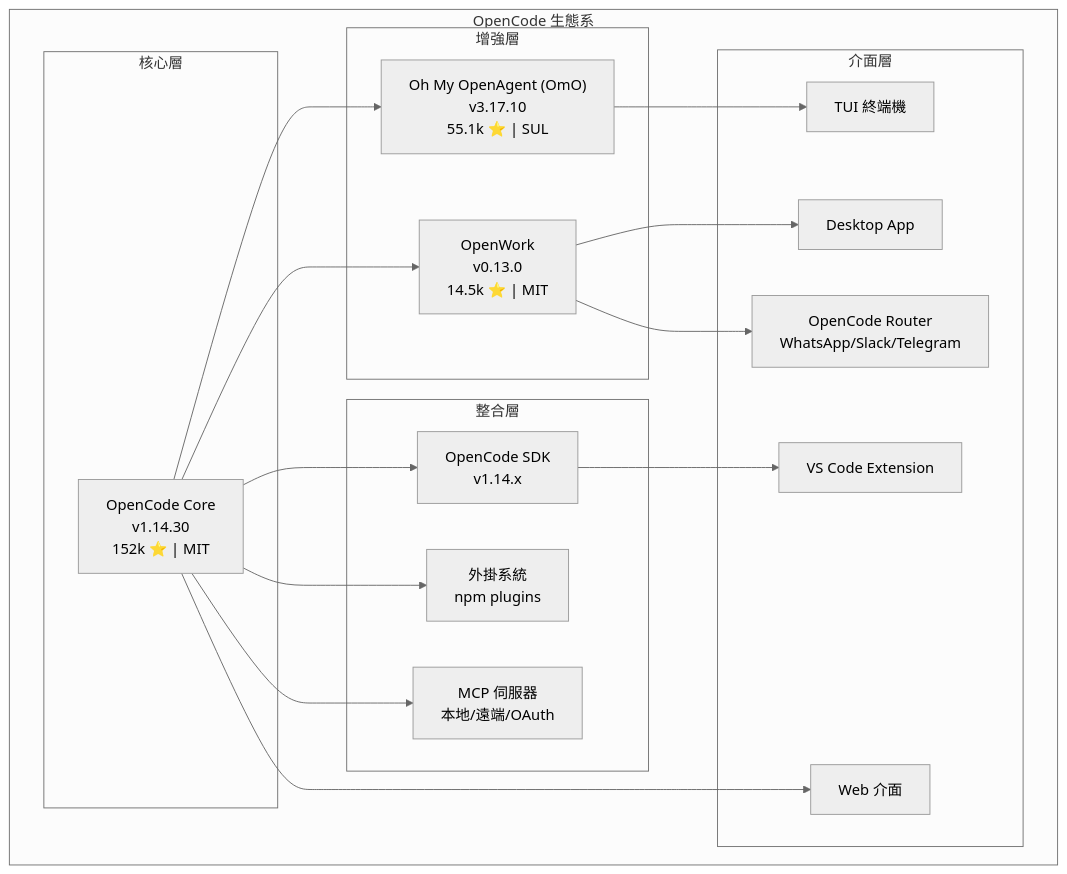
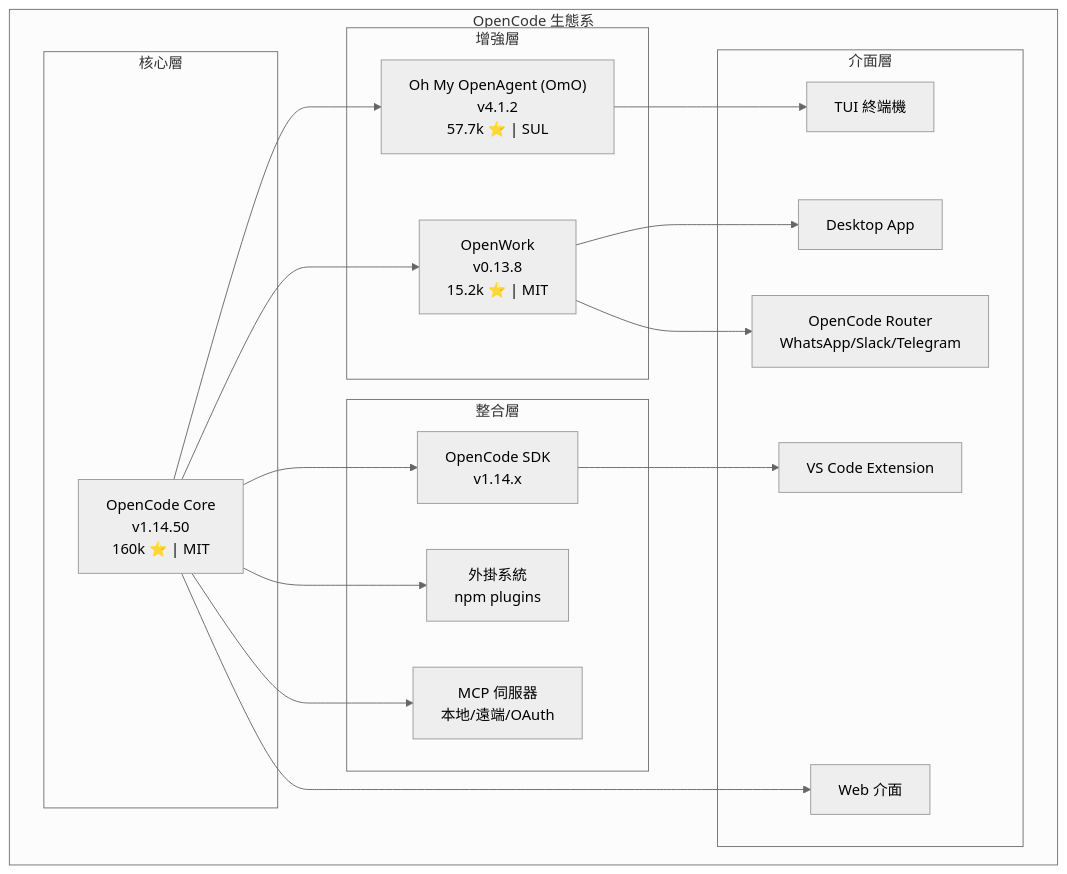
One commit to chihhung/Blog changed the first of 50 diagrams in content/posts/教學/AI開發/opencode生態系教學手冊.md. Above: the diagram before and after it, drawn with Mermaid (neutral theme). The commit also changed other lines of this file and 5 other files, not shown here.

````diff
--- a/content/posts/教學/AI開發/opencode生態系教學手冊.md
+++ b/content/posts/教學/AI開發/opencode生態系教學手冊.md
@@ -278,39 +280,39 @@
 ```mermaid
 graph TB
     subgraph "OpenCode 生態系"
         subgraph "核心層"
-            OC["OpenCode Core<br/>v1.14.30<br/>152k ⭐ | MIT"]
+            OC["OpenCode Core<br/>v1.14.50<br/>160k ⭐ | MIT"]
         end
 
         subgraph "增強層"
-            OmO["Oh My OpenAgent (OmO)<br/>v3.17.10<br/>55.1k ⭐ | SUL"]
-            OW["OpenWork<br/>v0.13.0<br/>14.5k ⭐ | MIT"]
+            OmO["Oh My OpenAgent (OmO)<br/>v4.1.2<br/>57.7k ⭐ | SUL"]
+            OW["OpenWork<br/>v0.13.8<br/>15.2k ⭐ | MIT"]
         end
 
         subgraph "整合層"
             SDK["OpenCode SDK<br/>v1.14.x"]
             Plugin["外掛系統<br/>npm plugins"]
             MCP["MCP 伺服器<br/>本地/遠端/OAuth"]
         end
 
         subgraph "介面層"
             TUI["TUI 終端機"]
             Desktop["Desktop App"]
             IDE["VS Code Extension"]
             Web["Web 介面"]
             Router["OpenCode Router<br/>WhatsApp/Slack/Telegram"]
         end
     end
 
     OC --> OmO
     OC --> OW
     OC --> SDK
     OC --> Plugin
     OC --> MCP
 
     OmO --> TUI
     OW --> Desktop
     SDK --> IDE
     OC --> Web
     OW --> Router
 ```
````
